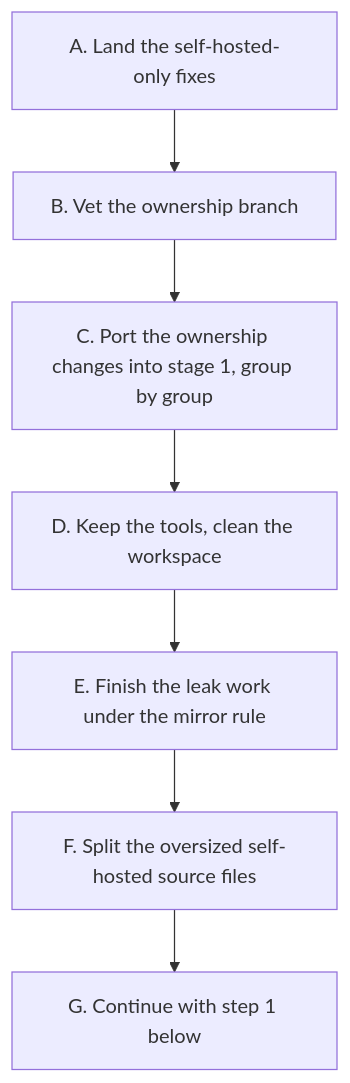
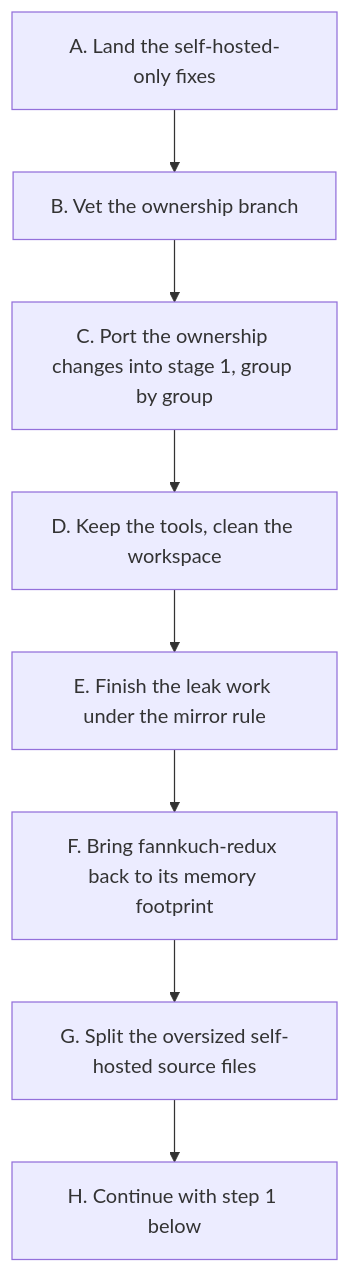
One commit to MattiasHognas/Ashes changed the diagram in docs/md/future/SELF_HOSTING.md. Above: the diagram before and after it, drawn with Mermaid. The commit also changed other lines of this file and 51 other files, not shown here.

````diff
--- a/docs/md/future/SELF_HOSTING.md
+++ b/docs/md/future/SELF_HOSTING.md
@@ -89,9 +89,10 @@
 ```mermaid
 flowchart TD
     A[A. Land the self-hosted-only fixes] --> B[B. Vet the ownership branch]
     B --> C[C. Port the ownership changes into stage 1, group by group]
     C --> D[D. Keep the tools, clean the workspace]
     D --> E[E. Finish the leak work under the mirror rule]
-    E --> F[F. Split the oversized self-hosted source files]
-    F --> G[G. Continue with step 1 below]
+    E --> F[F. Bring fannkuch-redux back to its memory footprint]
+    F --> G[G. Split the oversized self-hosted source files]
+    G --> H[H. Continue with step 1 below]
 ```
````
